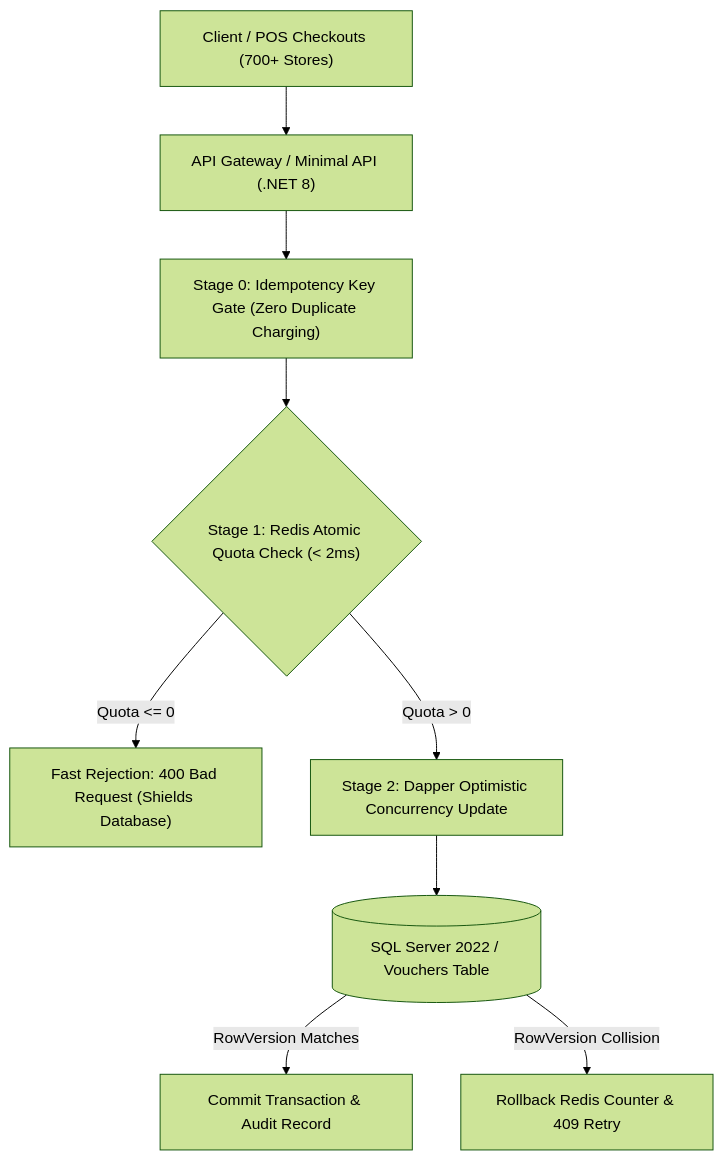
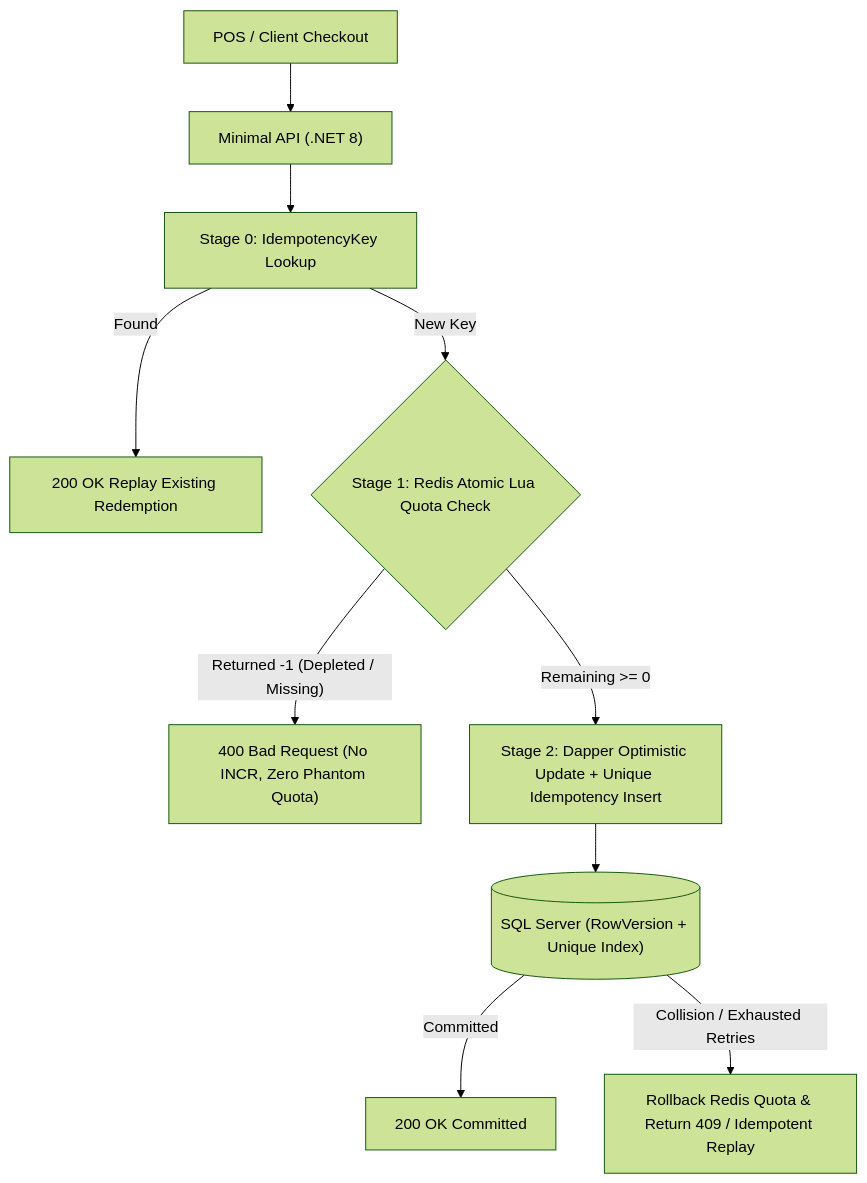
Before and after one commit to tvt987/high-concurrency-voucher-engine: the diagram in README.md, drawn with Mermaid (forest theme). The commit also changed other lines of this file and 9 other files, not shown here.

Commit message:
Fix Redis phantom-quota bug, remove NOLOCK on RowVersion, wire DI & add CI/SQL DDL

````diff
--- a/README.md
+++ b/README.md
@@ -16,13 +14,14 @@
 ```mermaid
 flowchart TD
-    Client["Client / POS Checkouts (700+ Stores)"] --> Gateway["API Gateway / Minimal API (.NET 8)"]
-    Gateway --> Idempotency["Stage 0: Idempotency Key Gate (Zero Duplicate Charging)"]
-    Idempotency --> FastReject{"Stage 1: Redis Atomic Quota Check (< 2ms)"}
-    
-    FastReject -- "Quota <= 0" --> Reject["Fast Rejection: 400 Bad Request (Shields Database)"]
-    FastReject -- "Quota > 0" --> Persistence["Stage 2: Dapper Optimistic Concurrency Update"]
-    
-    Persistence --> SQL[("SQL Server 2022 / Vouchers Table")]
-    SQL -- "RowVersion Matches" --> Commit["Commit Transaction & Audit Record"]
-    SQL -- "RowVersion Collision" --> Rollback["Rollback Redis Counter & 409 Retry"]
+    Client["POS / Client Checkout"] --> API["Minimal API (.NET 8)"]
+    API --> Stage0["Stage 0: IdempotencyKey Lookup"]
+    Stage0 -- "Found" --> Replay["200 OK Replay Existing Redemption"]
+    Stage0 -- "New Key" --> Stage1{"Stage 1: Redis Atomic Lua Quota Check"}
+
+    Stage1 -- "Returned -1 (Depleted / Missing)" --> FastReject["400 Bad Request (No INCR, Zero Phantom Quota)"]
+    Stage1 -- "Remaining >= 0" --> Stage2["Stage 2: Dapper Optimistic Update + Unique Idempotency Insert"]
+
+    Stage2 --> SQL[("SQL Server (RowVersion + Unique Index)")]
+    SQL -- "Committed" --> Commit["200 OK Committed"]
+    SQL -- "Collision / Exhausted Retries" --> Rollback["Rollback Redis Quota & Return 409 / Idempotent Replay"]
 ```
````
